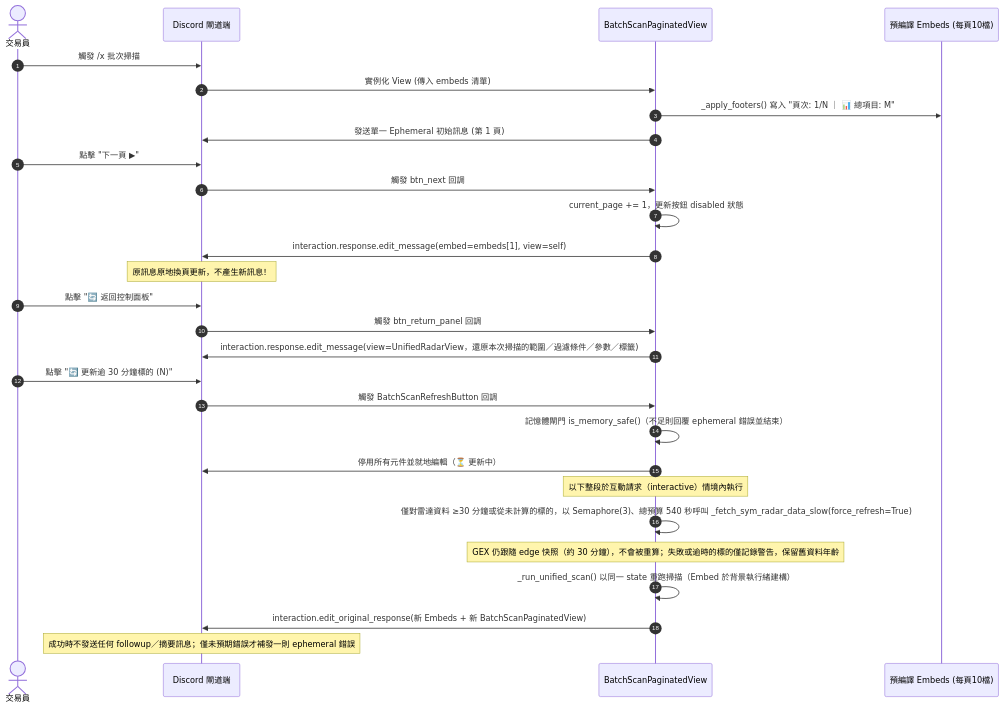
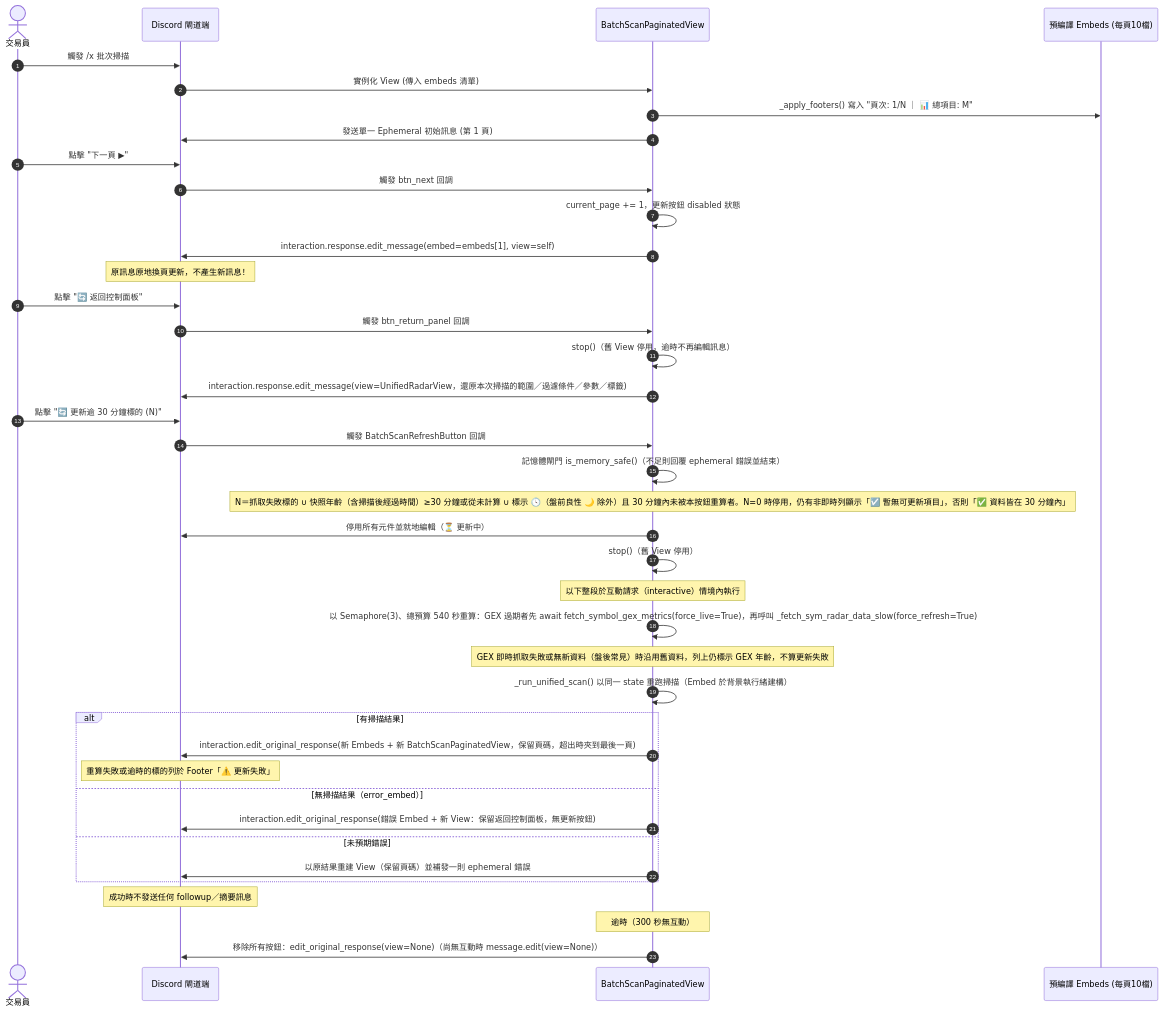
One commit to cosmo-chang-1701/nexus-seeker changed the second of 3 diagrams in docs/architecture/04_engineering_standards.md. Above: the diagram before and after it, drawn with Mermaid. The commit also changed other lines of this file and 6 other files, not shown here.

Commit message:
sop(radar-refresh-button): 雷達更新按鈕判定、GEX 即時抓取、失敗揭露與 View 生命週期

````diff
--- a/docs/architecture/04_engineering_standards.md
+++ b/docs/architecture/04_engineering_standards.md
@@ -107,34 +107,47 @@
 ```mermaid
 sequenceDiagram
     autonumber
     actor User as 交易員
     participant Discord as Discord 閘道端
     participant View as BatchScanPaginatedView
     participant Embeds as 預編譯 Embeds (每頁10檔)
 
     User->>Discord: 觸發 /x 批次掃描
     Discord->>View: 實例化 View (傳入 embeds 清單)
     View->>Embeds: _apply_footers() 寫入 "頁次: 1/N ｜ 📊 總項目: M"
     View->>Discord: 發送單一 Ephemeral 初始訊息 (第 1 頁)
 
     User->>Discord: 點擊 "下一頁 ▶"
     Discord->>View: 觸發 btn_next 回調
     View->>View: current_page += 1，更新按鈕 disabled 狀態
     View->>Discord: interaction.response.edit_message(embed=embeds[1], view=self)
     Note over Discord: 原訊息原地換頁更新，不產生新訊息！
 
     User->>Discord: 點擊 "🔄 返回控制面板"
     Discord->>View: 觸發 btn_return_panel 回調
+    View->>View: stop()（舊 View 停用，逾時不再編輯訊息）
     View->>Discord: interaction.response.edit_message(view=UnifiedRadarView，還原本次掃描的範圍／過濾條件／參數／標籤)
 
     User->>Discord: 點擊 "🔄 更新逾 30 分鐘標的 (N)"
     Discord->>View: 觸發 BatchScanRefreshButton 回調
     View->>View: 記憶體閘門 is_memory_safe()（不足則回覆 ephemeral 錯誤並結束）
+    Note over View: N＝抓取失敗標的 ∪ 快照年齡（含掃描後經過時間）≥30 分鐘或從未計算 ∪ 標示 🕓（盤前良性 🌙 除外）且 30 分鐘內未被本按鈕重算者。N=0 時停用，仍有非即時列顯示「☑️ 暫無可更新項目」，否則「✅ 資料皆在 30 分鐘內」
     View->>Discord: 停用所有元件並就地編輯（⏳ 更新中）
+    View->>View: stop()（舊 View 停用）
     Note over View: 以下整段於互動請求（interactive）情境內執行
-    View->>View: 僅對雷達資料 ≥30 分鐘或從未計算的標的，以 Semaphore(3)、總預算 540 秒呼叫 _fetch_sym_radar_data_slow(force_refresh=True)
-    Note over View: GEX 仍跟隨 edge 快照（約 30 分鐘），不會被重算；失敗或逾時的標的僅記錄警告，保留舊資料年齡
+    View->>View: 以 Semaphore(3)、總預算 540 秒重算：GEX 過期者先 await fetch_symbol_gex_metrics(force_live=True)，再呼叫 _fetch_sym_radar_data_slow(force_refresh=True)
+    Note over View: GEX 即時抓取失敗或無新資料（盤後常見）時沿用舊資料，列上仍標示 GEX 年齡，不算更新失敗
     View->>View: _run_unified_scan() 以同一 state 重跑掃描（Embed 於背景執行緒建構）
-    View->>Discord: interaction.edit_original_response(新 Embeds + 新 BatchScanPaginatedView)
-    Note over Discord: 成功時不發送任何 followup／摘要訊息；僅未預期錯誤才補發一則 ephemeral 錯誤
+    alt 有掃描結果
+        View->>Discord: interaction.edit_original_response(新 Embeds + 新 BatchScanPaginatedView，保留頁碼，超出時夾到最後一頁)
+        Note over Discord: 重算失敗或逾時的標的列於 Footer「⚠️ 更新失敗」
+    else 無掃描結果（error_embed）
+        View->>Discord: interaction.edit_original_response(錯誤 Embed + 新 View：保留返回控制面板，無更新按鈕)
+    else 未預期錯誤
+        View->>Discord: 以原結果重建 View（保留頁碼）並補發一則 ephemeral 錯誤
+    end
+    Note over Discord: 成功時不發送任何 followup／摘要訊息
+
+    Note over View: 逾時（300 秒無互動）
+    View->>Discord: 移除所有按鈕：edit_original_response(view=None)（尚無互動時 message.edit(view=None)）
 ```
````
